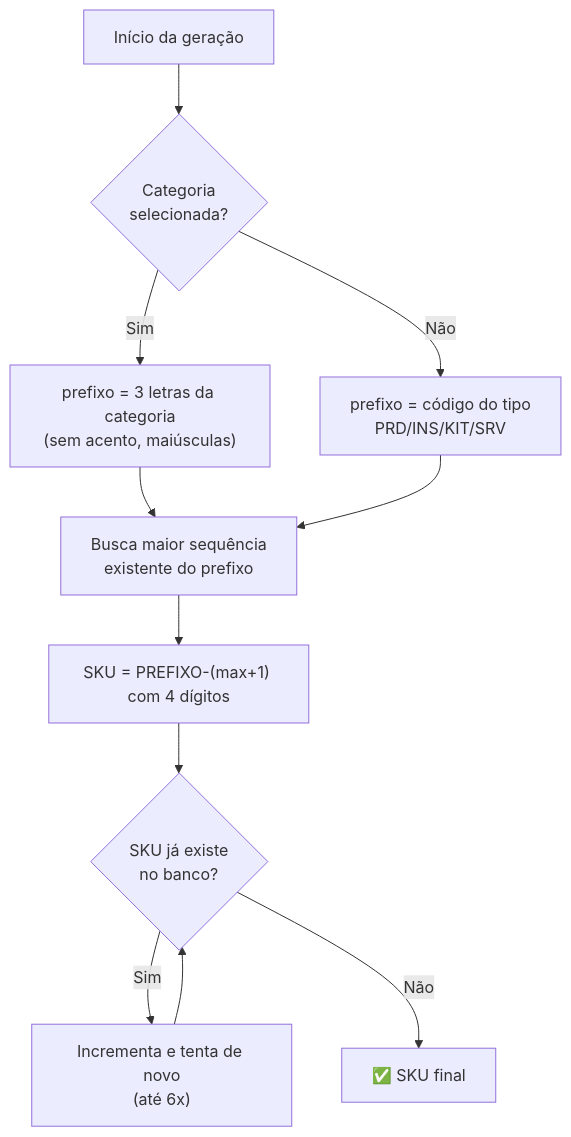
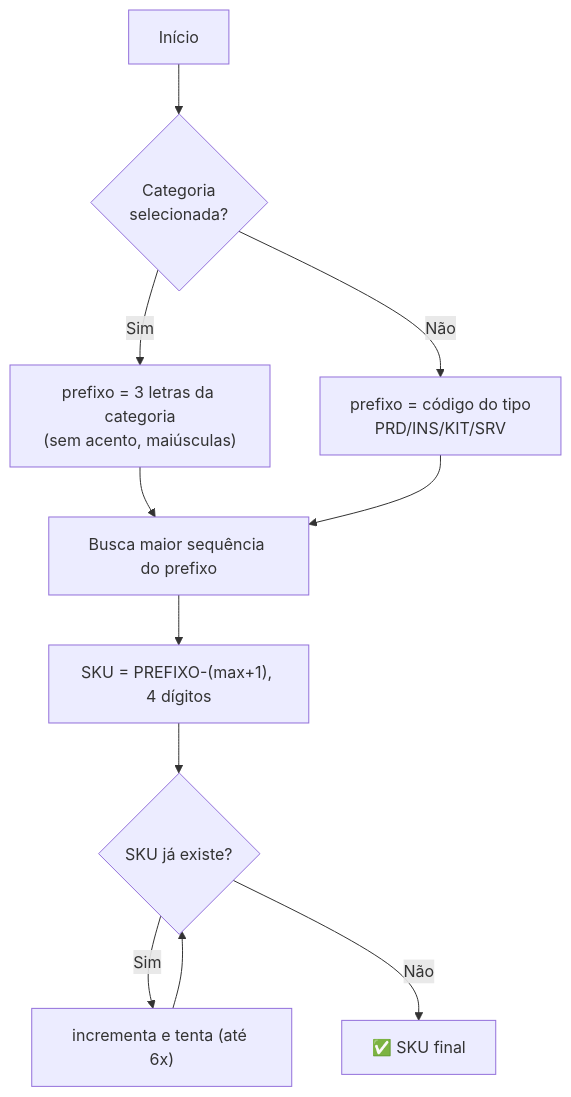
The ninth of 22 diagrams in docs/DOCUMENTACAO.md (nerdGG094/InvenSync), drawn with Mermaid before and after one commit. The commit also changed other lines of this file and 7 other files, not shown here.

````diff
--- a/docs/DOCUMENTACAO.md
+++ b/docs/DOCUMENTACAO.md
@@ -395,13 +667,13 @@
 ```mermaid
 flowchart TD
-    A["Início da geração"] --> B{"Categoria<br/>selecionada?"}
+    A["Início"] --> B{"Categoria<br/>selecionada?"}
     B -->|Sim| C["prefixo = 3 letras da categoria<br/>(sem acento, maiúsculas)"]
     B -->|Não| D["prefixo = código do tipo<br/>PRD/INS/KIT/SRV"]
-    C --> E["Busca maior sequência<br/>existente do prefixo"]
+    C --> E["Busca maior sequência do prefixo"]
     D --> E
-    E --> F["SKU = PREFIXO-(max+1) com 4 dígitos"]
-    F --> G{"SKU já existe<br/>no banco?"}
-    G -->|Sim| H["Incrementa e tenta de novo<br/>(até 6x)"]
+    E --> F["SKU = PREFIXO-(max+1), 4 dígitos"]
+    F --> G{"SKU já existe?"}
+    G -->|Sim| H["incrementa e tenta (até 6x)"]
     H --> G
     G -->|Não| I["✅ SKU final"]
 ```
````
